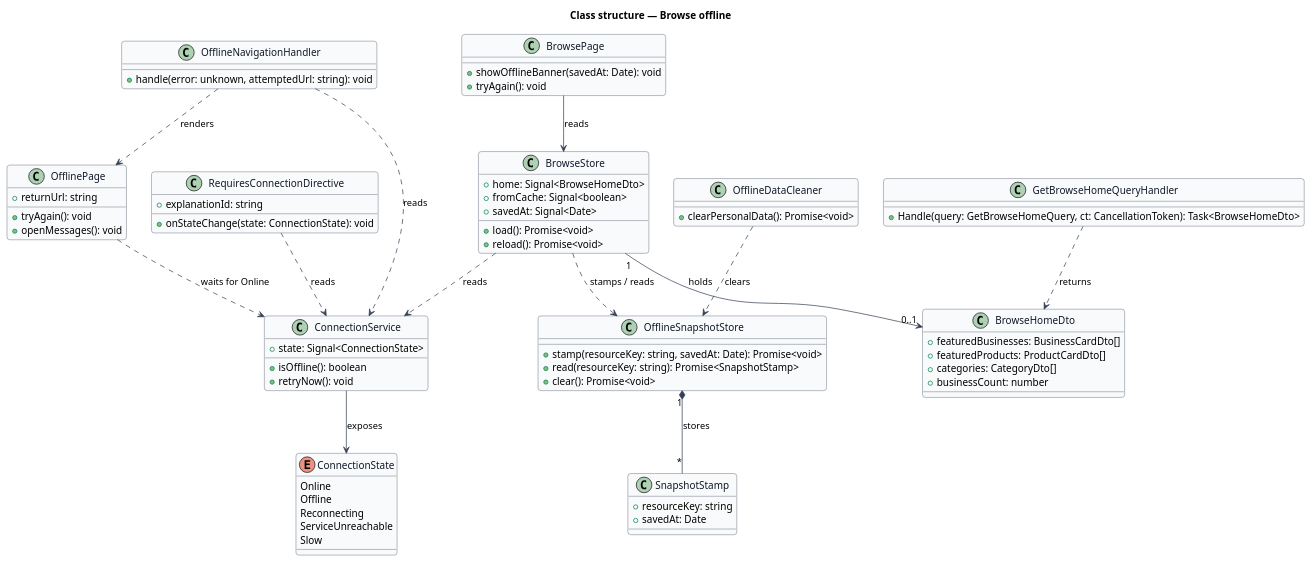
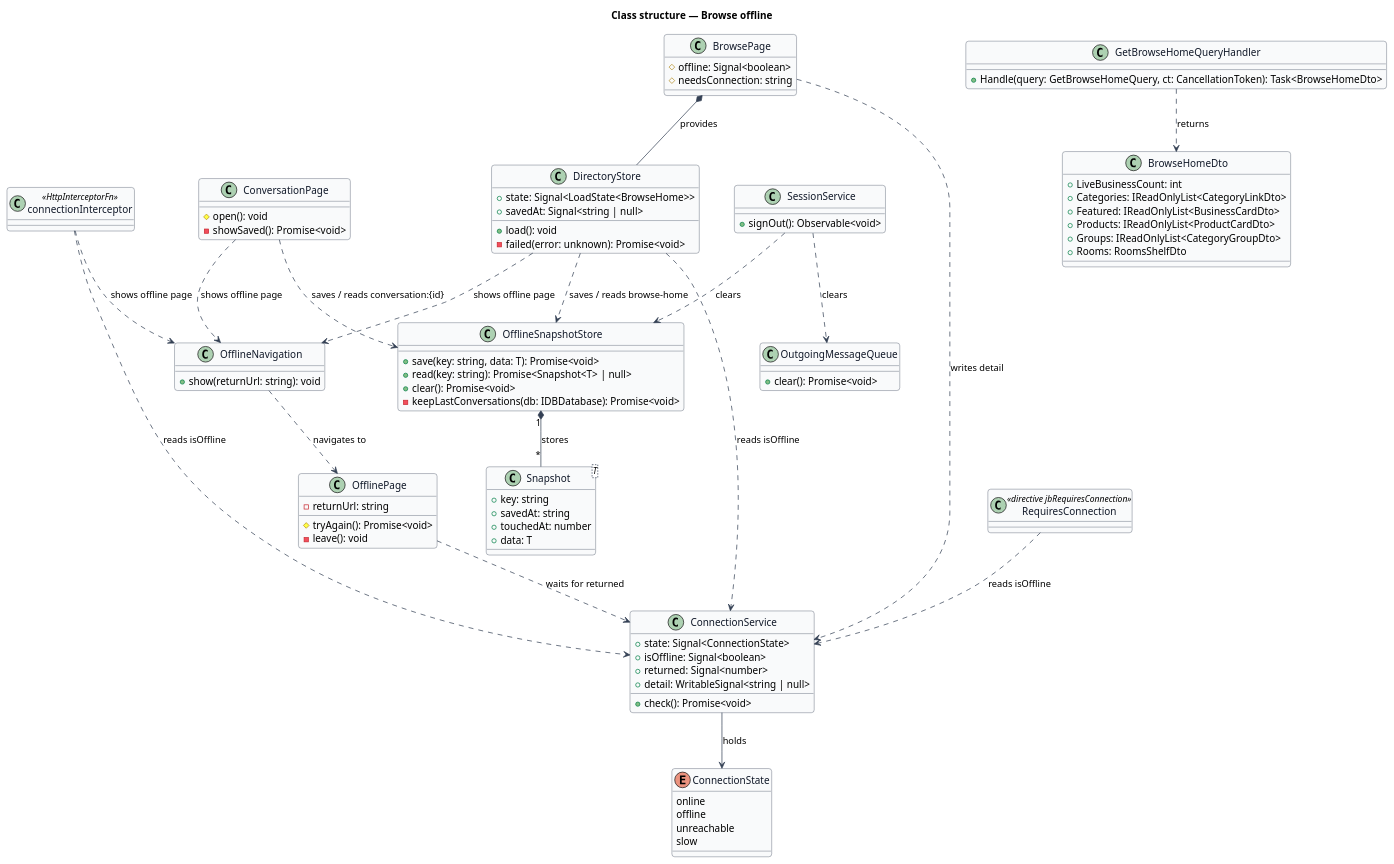
One commit to QuinntyneBrown/jubilee changed the diagram in docs/detailed-designs/offline/browse-offline/diagrams/class-structure.puml. Above: the diagram before and after it, drawn with PlantUML. The commit also changed 50 other files, not shown here.

```diff
--- a/docs/detailed-designs/offline/browse-offline/diagrams/class-structure.puml
+++ b/docs/detailed-designs/offline/browse-offline/diagrams/class-structure.puml
@@ -1,96 +1,116 @@
 @startuml
 ' --- shared skin header ---
 skinparam backgroundColor #FFFFFF
 skinparam shadowing false
 skinparam roundcorner 8
 skinparam defaultFontName Arial
 skinparam ArrowColor #344054
 skinparam class {
   BorderColor #344054
   FontColor #101828
   BackgroundColor #F9FAFB
 }
 ' --------------------------
 title Class structure — Browse offline
 
 enum ConnectionState {
-  Online
-  Offline
-  Reconnecting
-  ServiceUnreachable
-  Slow
+  online
+  offline
+  unreachable
+  slow
 }
 
 class ConnectionService {
   +state: Signal<ConnectionState>
-  +isOffline(): boolean
-  +retryNow(): void
+  +isOffline: Signal<boolean>
+  +returned: Signal<number>
+  +detail: WritableSignal<string | null>
+  +check(): Promise<void>
 }
 
-class BrowseStore {
-  +home: Signal<BrowseHomeDto>
-  +fromCache: Signal<boolean>
-  +savedAt: Signal<Date>
-  +load(): Promise<void>
-  +reload(): Promise<void>
-}
-
-class BrowseHomeDto {
-  +featuredBusinesses: BusinessCardDto[]
-  +featuredProducts: ProductCardDto[]
-  +categories: CategoryDto[]
-  +businessCount: number
-}
-
-class SnapshotStamp {
-  +resourceKey: string
-  +savedAt: Date
+class "Snapshot<T>" as Snapshot {
+  +key: string
+  +savedAt: string
+  +touchedAt: number
+  +data: T
 }
 
 class OfflineSnapshotStore {
-  +stamp(resourceKey: string, savedAt: Date): Promise<void>
-  +read(resourceKey: string): Promise<SnapshotStamp>
+  +save(key: string, data: T): Promise<void>
+  +read(key: string): Promise<Snapshot<T> | null>
   +clear(): Promise<void>
+  -keepLastConversations(db: IDBDatabase): Promise<void>
+}
+
+class DirectoryStore {
+  +state: Signal<LoadState<BrowseHome>>
+  +savedAt: Signal<string | null>
+  +load(): void
+  -failed(error: unknown): Promise<void>
 }
 
 class BrowsePage {
-  +showOfflineBanner(savedAt: Date): void
-  +tryAgain(): void
+  #offline: Signal<boolean>
+  #needsConnection: string
+}
+
+class ConversationPage {
+  #open(): void
+  -showSaved(): Promise<void>
+}
+
+class OfflineNavigation {
+  +show(returnUrl: string): void
 }
 
 class OfflinePage {
-  +returnUrl: string
-  +tryAgain(): void
-  +openMessages(): void
+  -returnUrl: string
+  #tryAgain(): Promise<void>
+  -leave(): void
 }
 
-class OfflineNavigationHandler {
-  +handle(error: unknown, attemptedUrl: string): void
+class RequiresConnection <<directive jbRequiresConnection>> {
 }
 
-class RequiresConnectionDirective {
-  +explanationId: string
-  +onStateChange(state: ConnectionState): void
+class connectionInterceptor <<HttpInterceptorFn>> {
 }
 
-class OfflineDataCleaner {
-  +clearPersonalData(): Promise<void>
+class SessionService {
+  +signOut(): Observable<void>
+}
+
+class OutgoingMessageQueue {
+  +clear(): Promise<void>
 }
 
 class GetBrowseHomeQueryHandler {
   +Handle(query: GetBrowseHomeQuery, ct: CancellationToken): Task<BrowseHomeDto>
 }
 
-ConnectionService --> ConnectionState : exposes
-BrowsePage --> BrowseStore : reads
-BrowseStore "1" --> "0..1" BrowseHomeDto : holds
-BrowseStore ..> OfflineSnapshotStore : stamps / reads
-BrowseStore ..> ConnectionService : reads
-OfflineSnapshotStore "1" *-- "*" SnapshotStamp : stores
-OfflineNavigationHandler ..> OfflinePage : renders
-OfflineNavigationHandler ..> ConnectionService : reads
-OfflinePage ..> ConnectionService : waits for Online
-RequiresConnectionDirective ..> ConnectionService : reads
-OfflineDataCleaner ..> OfflineSnapshotStore : clears
+class BrowseHomeDto {
+  +LiveBusinessCount: int
+  +Categories: IReadOnlyList<CategoryLinkDto>
+  +Featured: IReadOnlyList<BusinessCardDto>
+  +Products: IReadOnlyList<ProductCardDto>
+  +Groups: IReadOnlyList<CategoryGroupDto>
+  +Rooms: RoomsShelfDto
+}
+
+ConnectionService --> ConnectionState : holds
+OfflineSnapshotStore "1" *-- "*" Snapshot : stores
+BrowsePage *-- DirectoryStore : provides
+BrowsePage ..> ConnectionService : writes detail
+DirectoryStore ..> OfflineSnapshotStore : saves / reads browse-home
+DirectoryStore ..> ConnectionService : reads isOffline
+DirectoryStore ..> OfflineNavigation : shows offline page
+ConversationPage ..> OfflineSnapshotStore : saves / reads conversation:{id}
+ConversationPage ..> OfflineNavigation : shows offline page
+connectionInterceptor ..> OfflineNavigation : shows offline page
+connectionInterceptor ..> ConnectionService : reads isOffline
+OfflineNavigation ..> OfflinePage : navigates to
+OfflinePage ..> ConnectionService : waits for returned
+RequiresConnection ..> ConnectionService : reads isOffline
+SessionService ..> OfflineSnapshotStore : clears
+SessionService ..> OutgoingMessageQueue : clears
 GetBrowseHomeQueryHandler ..> BrowseHomeDto : returns
 @enduml
```
